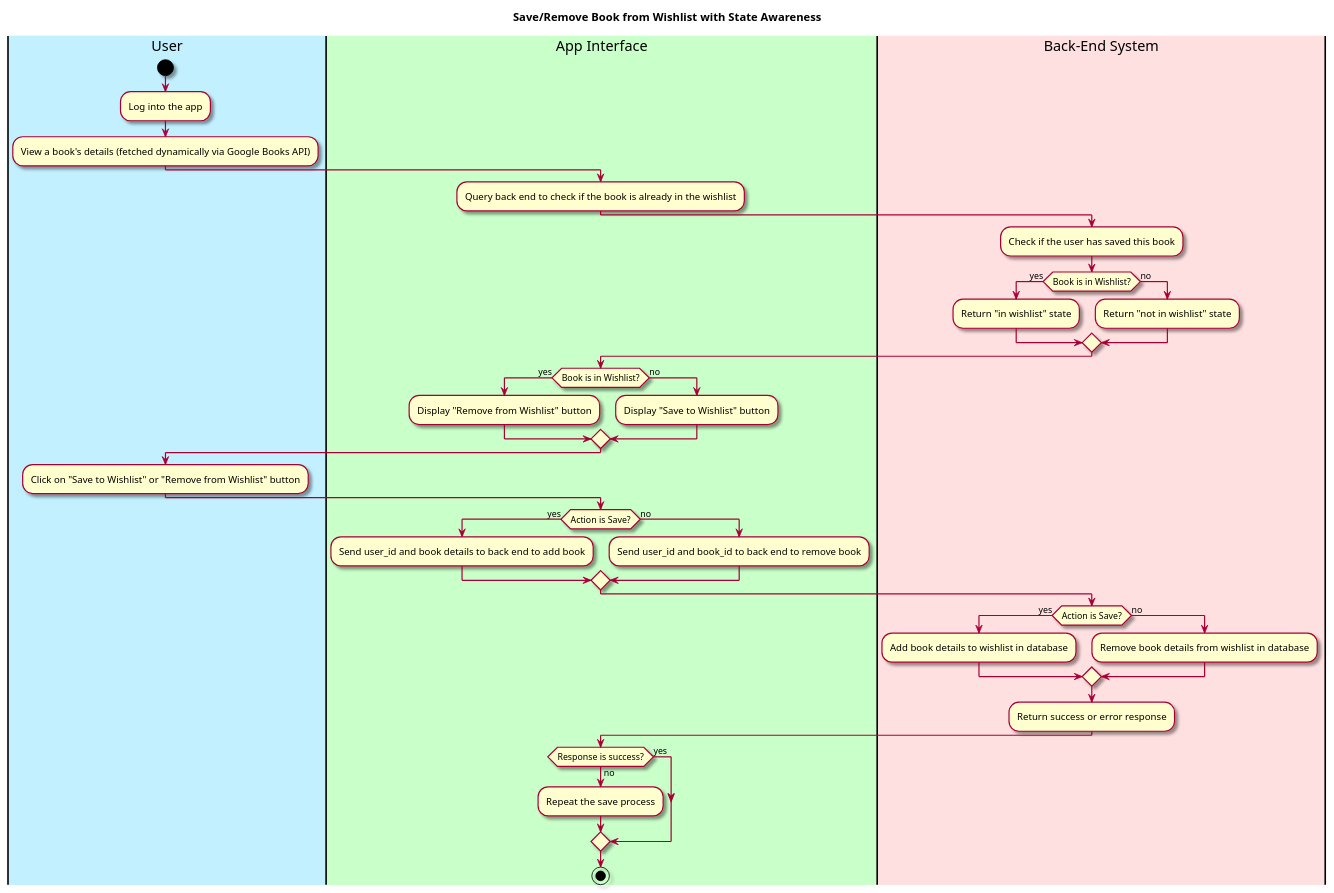
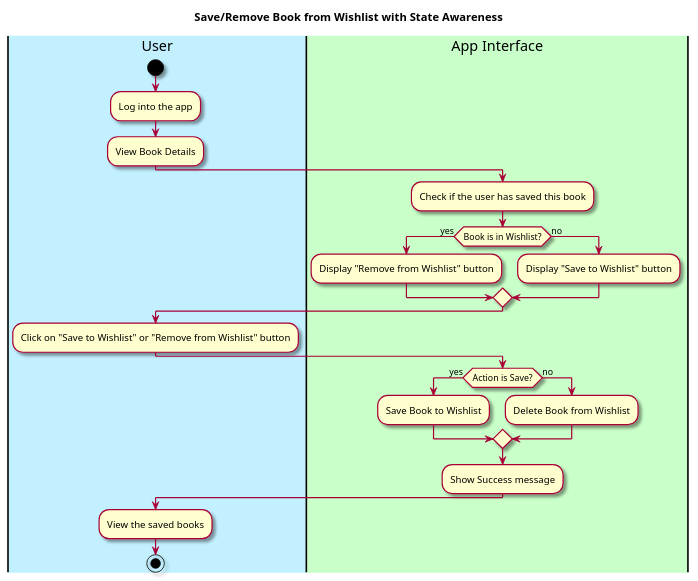
The diagram in intellij/doc/use-cases/save-book(wishlist).md (Khurshid03/team-2b), drawn with PlantUML before and after one commit. The commit also changed 5 other files, not shown here.

Commit message:
Edit the use case diagrams for multiple use cases

````diff
--- a/intellij/doc/use-cases/save-book(wishlist).md
+++ b/intellij/doc/use-cases/save-book(wishlist).md
@@ -26,60 +26,42 @@
 ``` plantuml
 @startuml
 
 skin rose
 
 title Save/Remove Book from Wishlist with State Awareness
 
 |#application|User|
 |#technology|App Interface|
-|#Implementation|Back-End System|
-
 
 |User|
 start
 :Log into the app;
-:View a book's details (fetched dynamically via Google Books API);
+:View Book Details;
 
 |App Interface|
-:Query back end to check if the book is already in the wishlist;
 
-|Back-End System|
 :Check if the user has saved this book;
-if (Book is in Wishlist?) then (yes)
-  :Return "in wishlist" state;
-else (no)
-  :Return "not in wishlist" state;
-endif
 
 |App Interface|
 if (Book is in Wishlist?) then (yes)
   :Display "Remove from Wishlist" button;
 else (no)
   :Display "Save to Wishlist" button;
 endif
 
 |User|
 :Click on "Save to Wishlist" or "Remove from Wishlist" button;
 
 |App Interface|
 if (Action is Save?) then (yes)
-  :Send user_id and book details to back end to add book;
+  :Save Book to Wishlist;
 else (no)
-  :Send user_id and book_id to back end to remove book;
+  :Delete Book from Wishlist;
 endif
 
-|Back-End System|
-if (Action is Save?) then (yes)
-  :Add book details to wishlist in database;
-else (no)
-  :Remove book details from wishlist in database;
-endif
-:Return success or error response;
+:Show Success message; 
+|User|
 
-|App Interface|
-if (Response is success?) then (yes)
-else (no)
-:Repeat the save process;
-endif  
+:View the saved books;
 stop
 ```
````
